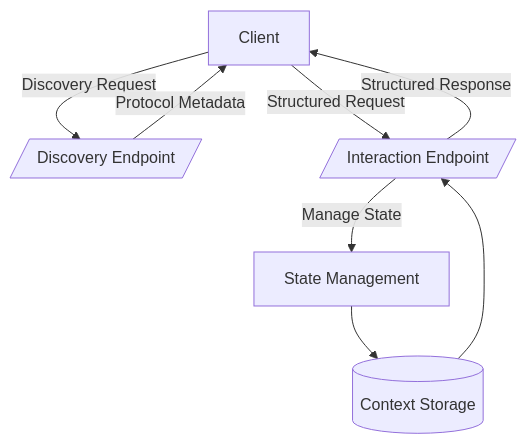
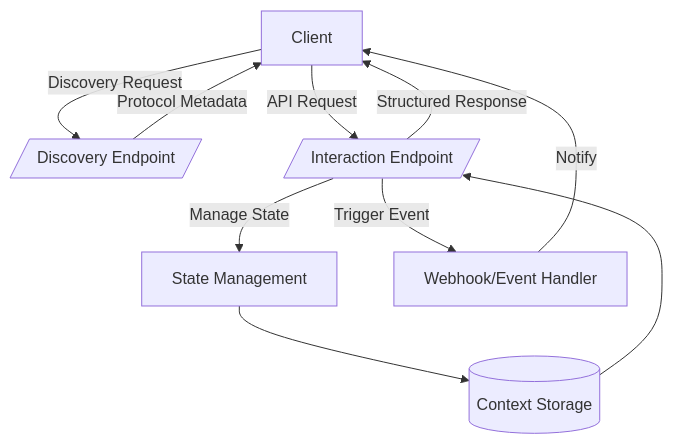
Before and after one commit to copyleftdev/idp-specification: the first of 3 diagrams in specification.md, drawn with Mermaid. The commit also changed other lines of this file and 2 other files, not shown here.

````diff
--- a/specification.md
+++ b/specification.md
@@ -17,10 +17,12 @@
 ```mermaid
 graph TD
     Client -->|Discovery Request| DiscoveryEndpoint[/Discovery Endpoint/]
     DiscoveryEndpoint -->|Protocol Metadata| Client
-    Client -->|Structured Request| InteractionEndpoint[/Interaction Endpoint/]
+    Client -->|API Request| InteractionEndpoint[/Interaction Endpoint/]
     InteractionEndpoint -->|Manage State| StateMgmt[State Management]
     StateMgmt --> ContextStorage[(Context Storage)]
     ContextStorage --> InteractionEndpoint
     InteractionEndpoint -->|Structured Response| Client
+    InteractionEndpoint -->|Trigger Event| WebhookHandler[Webhook/Event Handler]
+    WebhookHandler -->|Notify| Client
 ```
````
